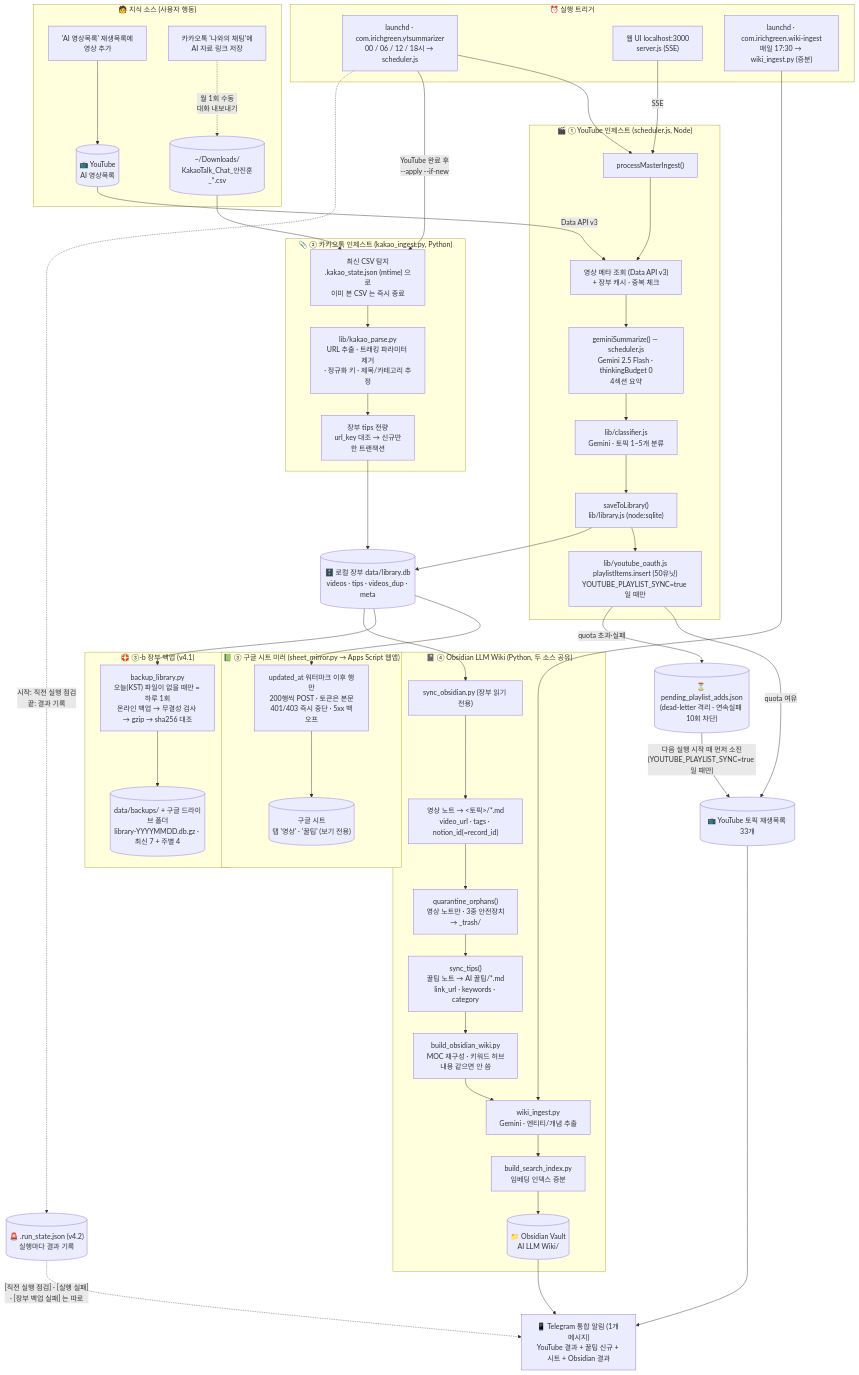
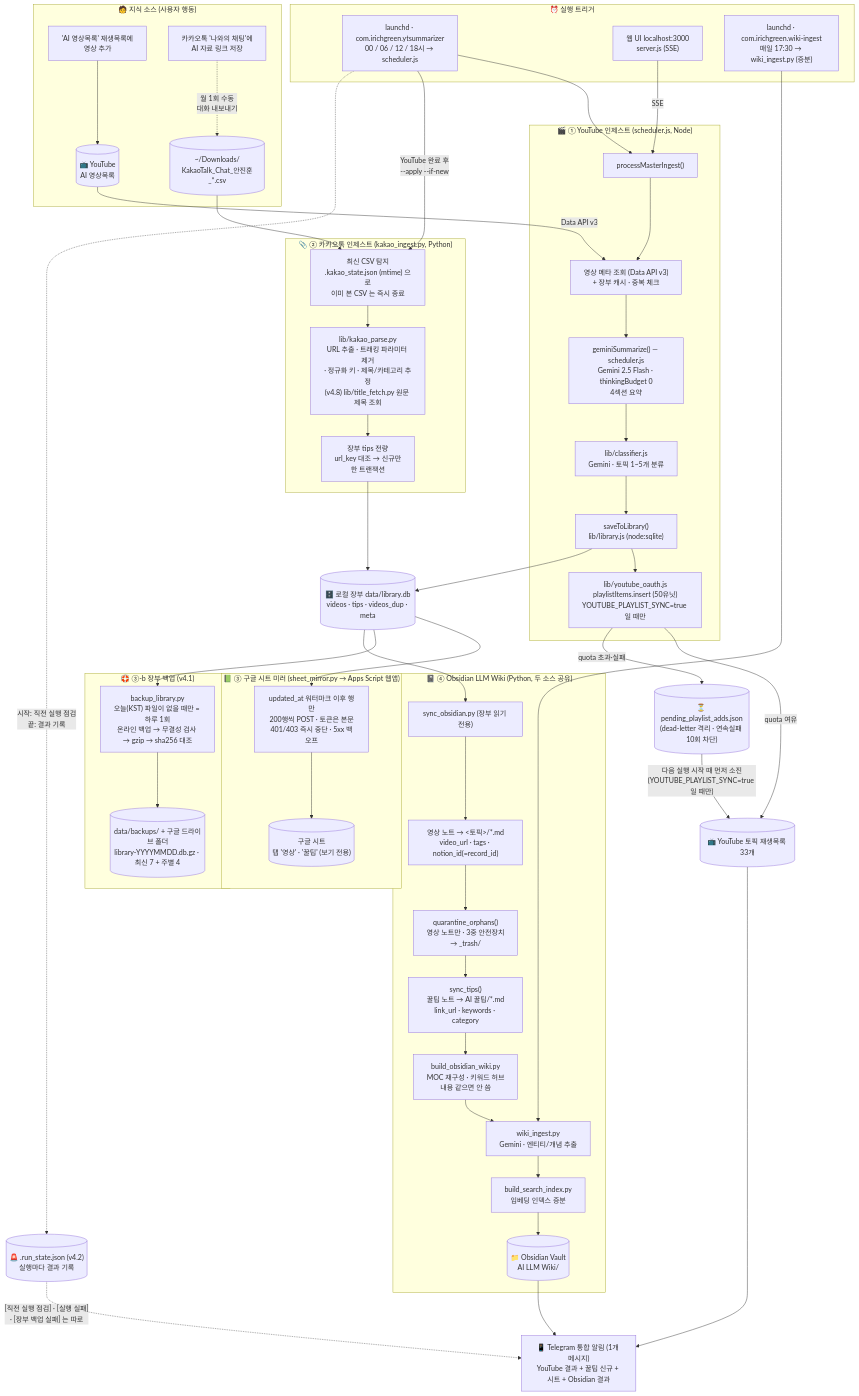
The diagram in README.md (iRG-AI/AI_Wiki_Pipeline), drawn with Mermaid before and after one commit. The commit also changed other lines of this file and 10 other files, not shown here.

````diff
--- a/README.md
+++ b/README.md
@@ -54,79 +55,79 @@
 ```mermaid
 flowchart TD
     subgraph SRC["🧑 지식 소스 (사용자 행동)"]
         U1["'AI 영상목록' 재생목록에\n영상 추가"]
         U2["카카오톡 '나와의 채팅'에\nAI 자료 링크 저장"]
         U2 -.->|"월 1회 수동\n대화 내보내기"| CSV[("~/Downloads/\nKakaoTalk_Chat_안진훈_*.csv")]
         U1 --> MASTER[("📺 YouTube\nAI 영상목록")]
     end
 
     subgraph TRIGGER["⏰ 실행 트리거"]
         SCHED["launchd · com.irichgreen.ytsummarizer\n00 / 06 / 12 / 18시 → scheduler.js"]
         WEBUI["웹 UI localhost:3000\nserver.js (SSE)"]
         WIKI_SCHED["launchd · com.irichgreen.wiki-ingest\n매일 17:30 → wiki_ingest.py (증분)"]
     end
 
     SCHED --> ENTRY
     WEBUI -->|SSE| ENTRY
 
     subgraph YT["🎬 ① YouTube 인제스트 (scheduler.js, Node)"]
         ENTRY["processMasterIngest()"]
         FETCH["영상 메타 조회 (Data API v3)\n+ 장부 캐시 · 중복 체크"]
         GEMINI["geminiSummarize() — scheduler.js\nGemini 2.5 Flash · thinkingBudget 0\n4섹션 요약"]
         CLS["lib/classifier.js\nGemini · 토픽 1~5개 분류"]
         LSAVE["saveToLibrary()\nlib/library.js (node:sqlite)"]
         YSAVE["lib/youtube_oauth.js\nplaylistItems.insert (50유닛)\nYOUTUBE_PLAYLIST_SYNC=true 일 때만"]
         ENTRY --> FETCH --> GEMINI --> CLS --> LSAVE --> YSAVE
     end
     MASTER -->|Data API v3| FETCH
 
     subgraph KK["📎 ② 카카오톡 인제스트 (kakao_ingest.py, Python)"]
         KFIND["최신 CSV 탐지\n.kakao_state.json (mtime) 으로\n이미 본 CSV 는 즉시 종료"]
-        KPARSE["lib/kakao_parse.py\nURL 추출 · 트래킹 파라미터 제거\n· 정규화 키 · 제목/카테고리 추정"]
+        KPARSE["lib/kakao_parse.py\nURL 추출 · 트래킹 파라미터 제거\n· 정규화 키 · 제목/카테고리 추정\n(v4.8) lib/title_fetch.py 원문 제목 조회"]
         KDEDUP["장부 tips 전량\nurl_key 대조 → 신규만\n한 트랜잭션"]
         KFIND --> KPARSE --> KDEDUP
     end
     CSV --> KFIND
     SCHED -->|"YouTube 완료 후\n--apply --if-new"| KFIND
 
     LSAVE --> LIB[("🗄️ 로컬 장부 data/library.db\nvideos · tips · videos_dup · meta")]
     KDEDUP --> LIB
     YSAVE -->|"quota 여유"| YT_PL[("📺 YouTube 토픽 재생목록 33개")]
     YSAVE -->|"quota 초과·실패"| PENDING[("⏳ pending_playlist_adds.json\n(dead-letter 격리 · 연속실패 10회 차단)")]
     PENDING -->|"다음 실행 시작 때 먼저 소진\n(YOUTUBE_PLAYLIST_SYNC=true 일 때만)"| YT_PL
 
     subgraph MIR["📗 ③ 구글 시트 미러 (sheet_mirror.py → Apps Script 웹앱)"]
         SM["updated_at 워터마크 이후 행만\n200행씩 POST · 토큰은 본문\n401/403 즉시 중단 · 5xx 백오프"]
         GS[("구글 시트\n탭 '영상' · '꿀팁' (보기 전용)")]
         SM --> GS
     end
     LIB --> SM
 
     subgraph BK["🛟 ③-b 장부 백업 (v4.1)"]
         BKP["backup_library.py\n오늘(KST) 파일이 없을 때만 = 하루 1회\n온라인 백업 → 무결성 검사 → gzip → sha256 대조"]
         BKD[("data/backups/ + 구글 드라이브 폴더\nlibrary-YYYYMMDD.db.gz · 최신 7 + 주별 4")]
         BKP --> BKD
     end
     LIB --> BKP
 
     subgraph OBS["📓 ④ Obsidian LLM Wiki (Python, 두 소스 공유)"]
         SYNC["sync_obsidian.py (장부 읽기 전용)"]
         SYNC_V["영상 노트 → <토픽>/*.md\nvideo_url · tags · notion_id(=record_id)"]
         SYNC_T["sync_tips()\n꿀팁 노트 → AI 꿀팁/*.md\nlink_url · keywords · category"]
         ORPHAN["quarantine_orphans()\n영상 노트만 · 3중 안전장치\n→ _trash/"]
         BUILD["build_obsidian_wiki.py\nMOC 재구성 · 키워드 허브\n내용 같으면 안 씀"]
         WIKI_INGEST["wiki_ingest.py\nGemini · 엔티티/개념 추출"]
         IDX["build_search_index.py\n임베딩 인덱스 증분"]
         VAULT[("📁 Obsidian Vault\nAI LLM Wiki/")]
         SYNC --> SYNC_V --> ORPHAN --> SYNC_T --> BUILD --> WIKI_INGEST --> IDX --> VAULT
     end
     LIB --> SYNC
     WIKI_SCHED --> WIKI_INGEST
 
     VAULT --> TG["📱 Telegram 통합 알림 (1개 메시지)\nYouTube 결과 + 꿀팁 신규 + 시트 + Obsidian 결과"]
     YT_PL --> TG
 
     RS[("🚨 .run_state.json (v4.2)\n실행마다 결과 기록")]
     SCHED -.->|"시작: 직전 실행 점검\n끝: 결과 기록"| RS
     RS -.->|"[직전 실행 점검] · [실행 실패]\n· [장부 백업 실패] 는 따로"| TG
 ```
````
